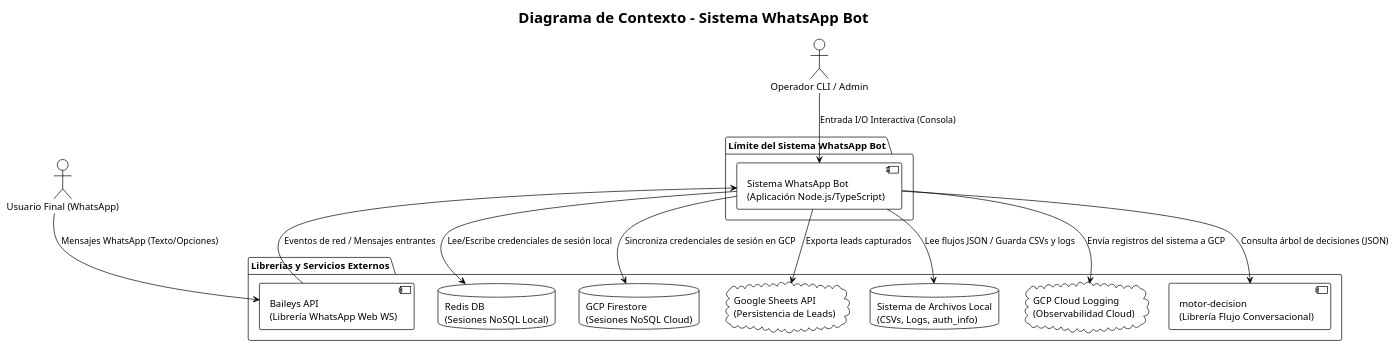
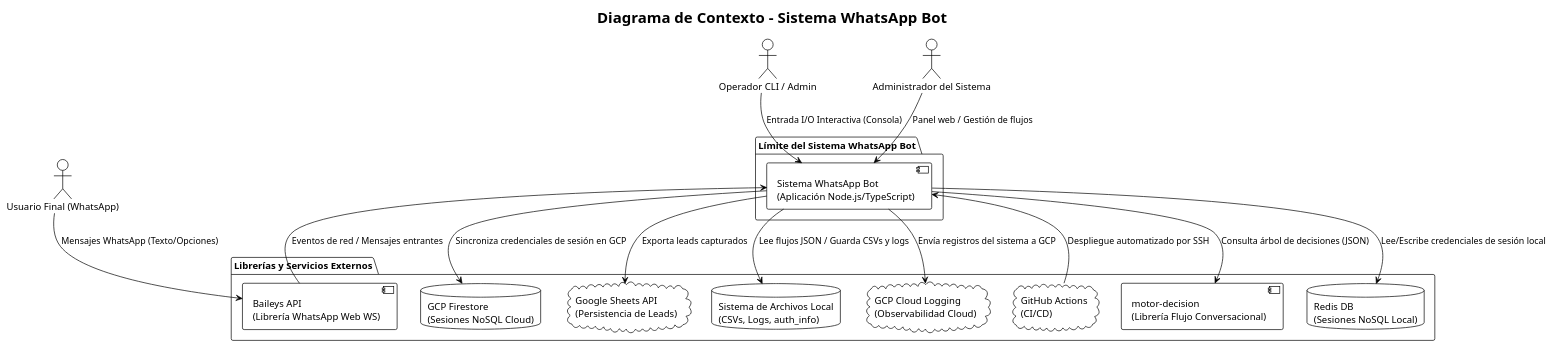
The diagram in diagrams/context.puml (avillucas/Prueba-Whatsapp), drawn with PlantUML before and after one commit. The commit also changed 23 other files, not shown here.

First line of the commit message:
feat: Add new diagrams and documentation for WhatsApp Bot project

```diff
--- a/diagrams/context.puml
+++ b/diagrams/context.puml
@@ -1,35 +1,39 @@
 @startuml ContextDiagram
 !theme plain
 top to bottom direction
 
 title Diagrama de Contexto - Sistema WhatsApp Bot
 
 actor "Usuario Final (WhatsApp)" as UserWA
 actor "Operador CLI / Admin" as UserCLI
+actor "Administrador del Sistema" as Admin
 
 package "Límite del Sistema WhatsApp Bot" {
     component [Sistema WhatsApp Bot\n(Aplicación Node.js/TypeScript)] as SystemBot
 }
 
 package "Librerías y Servicios Externos" {
     component [motor-decision\n(Librería Flujo Conversacional)] as MotorLib
     component [Baileys API\n(Librería WhatsApp Web WS)] as BaileysLib
     database "Redis DB\n(Sesiones NoSQL Local)" as RedisDB
     database "GCP Firestore\n(Sesiones NoSQL Cloud)" as FirestoreDB
     cloud "Google Sheets API\n(Persistencia de Leads)" as SheetsAPI
     database "Sistema de Archivos Local\n(CSVs, Logs, auth_info)" as LocalFS
     cloud "GCP Cloud Logging\n(Observabilidad Cloud)" as GCPLogging
+    cloud "GitHub Actions\n(CI/CD)" as GitHubActions
 }
 
 UserWA --> BaileysLib : Mensajes WhatsApp (Texto/Opciones)
 BaileysLib --> SystemBot : Eventos de red / Mensajes entrantes
 UserCLI --> SystemBot : Entrada I/O Interactiva (Consola)
+Admin --> SystemBot : Panel web / Gestión de flujos
 
 SystemBot --> MotorLib : Consulta árbol de decisiones (JSON)
 SystemBot --> RedisDB : Lee/Escribe credenciales de sesión local
 SystemBot --> FirestoreDB : Sincroniza credenciales de sesión en GCP
 SystemBot --> SheetsAPI : Exporta leads capturados
 SystemBot --> LocalFS : Lee flujos JSON / Guarda CSVs y logs
 SystemBot --> GCPLogging : Envía registros del sistema a GCP
+GitHubActions --> SystemBot : Despliegue automatizado por SSH
 
 @enduml
```
